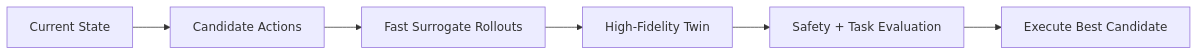
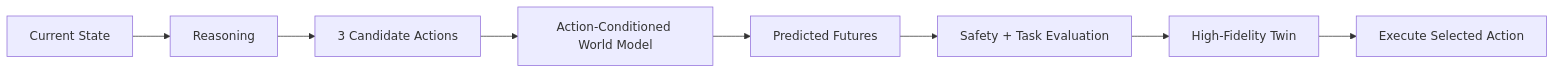
Diagram 11 of 14 in docs/specs/post-demo/lunch_robotics.md (Freelunch-AI/freelunch-ide), drawn with Mermaid before and after one commit. The commit also changed other lines of this file, not shown here.

````diff
--- a/docs/specs/post-demo/lunch_robotics.md
+++ b/docs/specs/post-demo/lunch_robotics.md
@@ -988,11 +1908,17 @@
 ```mermaid
 flowchart LR
     A["Current State"]
-    --> B["Candidate Actions"]
+    --> B["Reasoning"]
 
-    B --> C["Fast Surrogate Rollouts"]
-    C --> D["High-Fidelity Twin"]
+    B --> C["3 Candidate Actions"]
 
-    D --> E["Safety + Task Evaluation"]
-    E --> F["Execute Best Candidate"]
+    C --> D["Action-Conditioned World Model"]
+
+    D --> E["Predicted Futures"]
+
+    E --> F["Safety + Task Evaluation"]
+
+    F --> G["High-Fidelity Twin"]
+
+    G --> H["Execute Selected Action"]
 ```
````
